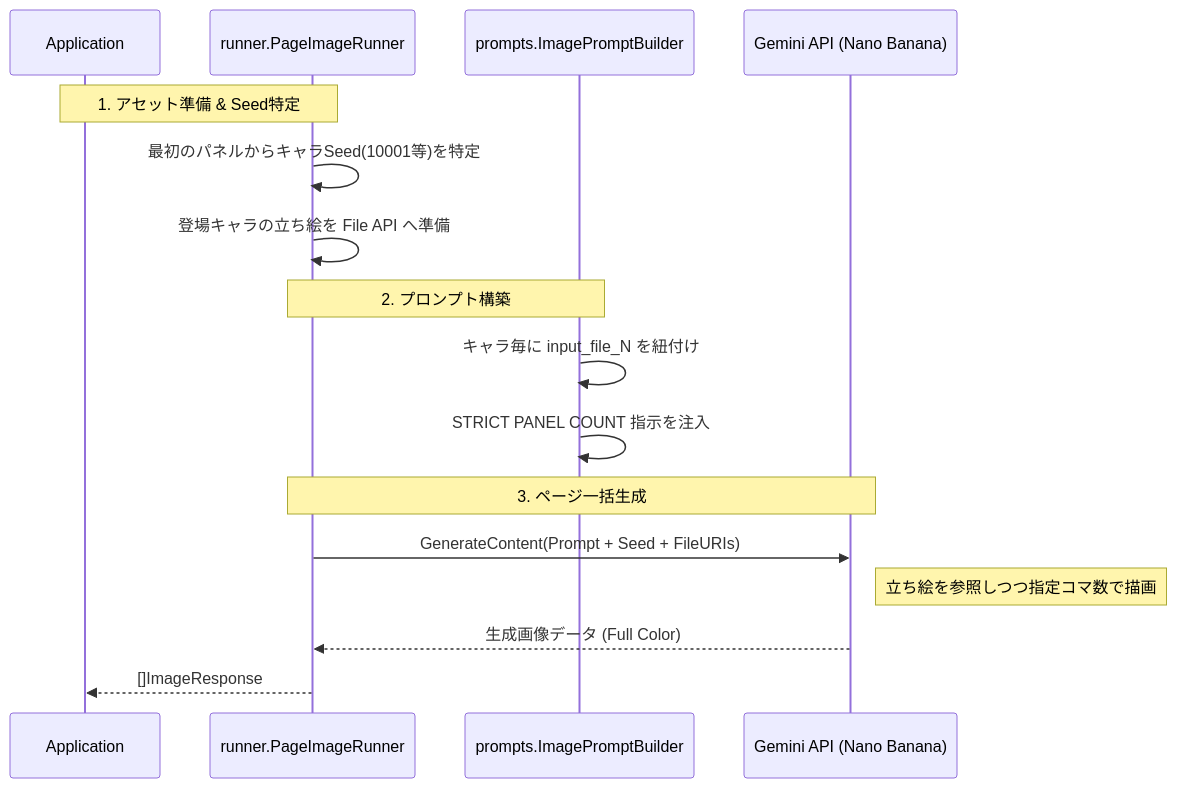
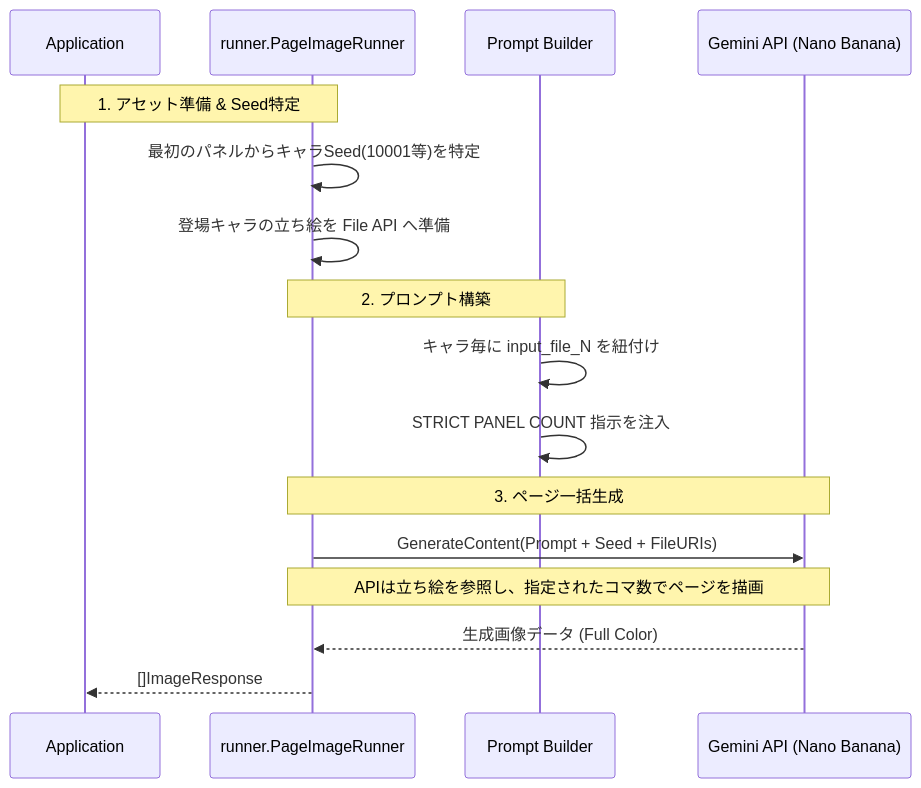
One commit to shouni/go-manga-kit changed the diagram in README.md. Above: the diagram before and after it, drawn with Mermaid. The commit also changed other lines of this file, not shown here.

````diff
--- a/README.md
+++ b/README.md
@@ -59,22 +59,22 @@
 ```mermaid
 sequenceDiagram
     participant APP as Application
     participant Runner as runner.PageImageRunner
-    participant Builder as prompts.ImagePromptBuilder
+    participant Builder as Prompt Builder
     participant API as Gemini API (Nano Banana)
 
     Note over APP, Runner: 1. アセット準備 & Seed特定
     Runner->>Runner: 最初のパネルからキャラSeed(10001等)を特定
     Runner->>Runner: 登場キャラの立ち絵を File API へ準備
 
     Note over Runner, Builder: 2. プロンプト構築
     Builder->>Builder: キャラ毎に input_file_N を紐付け
     Builder->>Builder: STRICT PANEL COUNT 指示を注入
 
     Note over Runner, API: 3. ページ一括生成
     Runner->>API: GenerateContent(Prompt + Seed + FileURIs)
-    Note right of API: 立ち絵を参照しつつ指定コマ数で描画
+    Note over Runner, API: APIは立ち絵を参照し、指定されたコマ数でページを描画
     API-->>Runner: 生成画像データ (Full Color)
     Runner-->>APP: []ImageResponse
 
 ```
````
